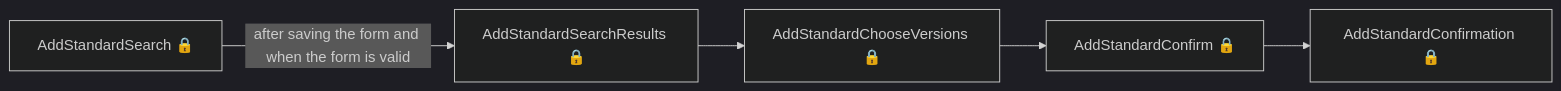
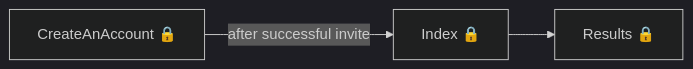
One commit to talentconsulting/atlas-dfe changed the seventh of 7 diagrams in das-assessor-service/user-journeys/user-journeys.md. Above: the diagram before and after it, drawn with Mermaid (dark theme). The commit also changed other lines of this file and 1 other file, not shown here.

````diff
--- a/das-assessor-service/user-journeys/user-journeys.md
+++ b/das-assessor-service/user-journeys/user-journeys.md
@@ -70,7 +97,5 @@
 ```mermaid
 flowchart LR
-  p0["AddStandardSearch 🔒"] -->|"after saving the form and when the form is valid"| p1["AddStandardSearchResults 🔒"]
-  p1["AddStandardSearchResults 🔒"] --> p2["AddStandardChooseVersions 🔒"]
-  p2["AddStandardChooseVersions 🔒"] --> p3["AddStandardConfirm 🔒"]
-  p3["AddStandardConfirm 🔒"] --> p4["AddStandardConfirmation 🔒"]
+  p0["CreateAnAccount 🔒"] -->|"after successful invite"| p1["Index 🔒"]
+  p1["Index 🔒"] --> p2["Results 🔒"]
 ```
````
